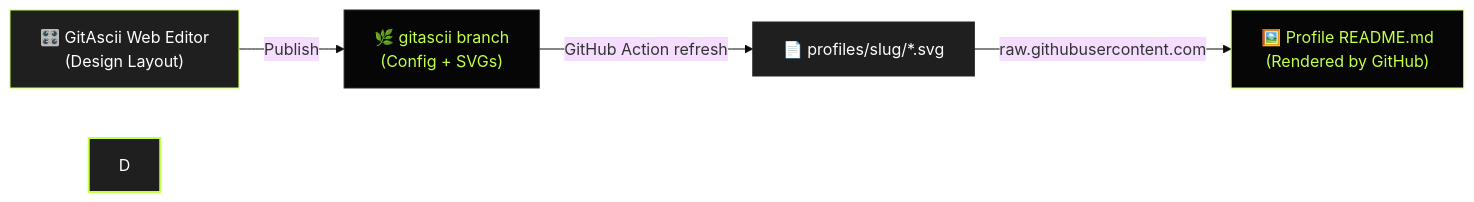
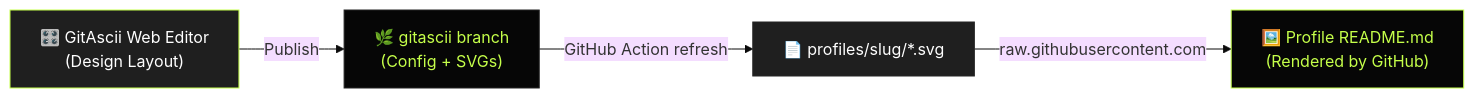
Before and after one commit to Igorcbraz/GitAscii: the diagram in README.md, drawn with Mermaid (base theme). The commit also changed other lines of this file and 22 other files, not shown here.

````diff
--- a/README.md
+++ b/README.md
@@ -84,12 +85,11 @@
 ```mermaid
 flowchart LR
     A["🎛️ GitAscii Web Editor<br/>(Design Layout)"] -->|"Publish"| B["🌿 gitascii branch<br/>(Config + SVGs)"]
     B -->|"GitHub Action refresh"| C["📄 profiles/slug/*.svg"]
     C -->|"raw.githubusercontent.com"| E["🖼️ Profile README.md<br/>(Rendered by GitHub)"]
 
     style A fill:#1f1f1f,stroke:#c5ff4a,stroke-width:1px,color:#ffffff
     style B fill:#060606,stroke:#252525,stroke-width:1px,color:#c5ff4a
     style C fill:#1f1f1f,stroke:#252525,stroke-width:1px,color:#ffffff
-    style D fill:#1f1f1f,stroke:#c5ff4a,stroke-width:2px,color:#ffffff
     style E fill:#060606,stroke:#c5ff4a,stroke-width:1px,color:#c5ff4a
 ```
````
